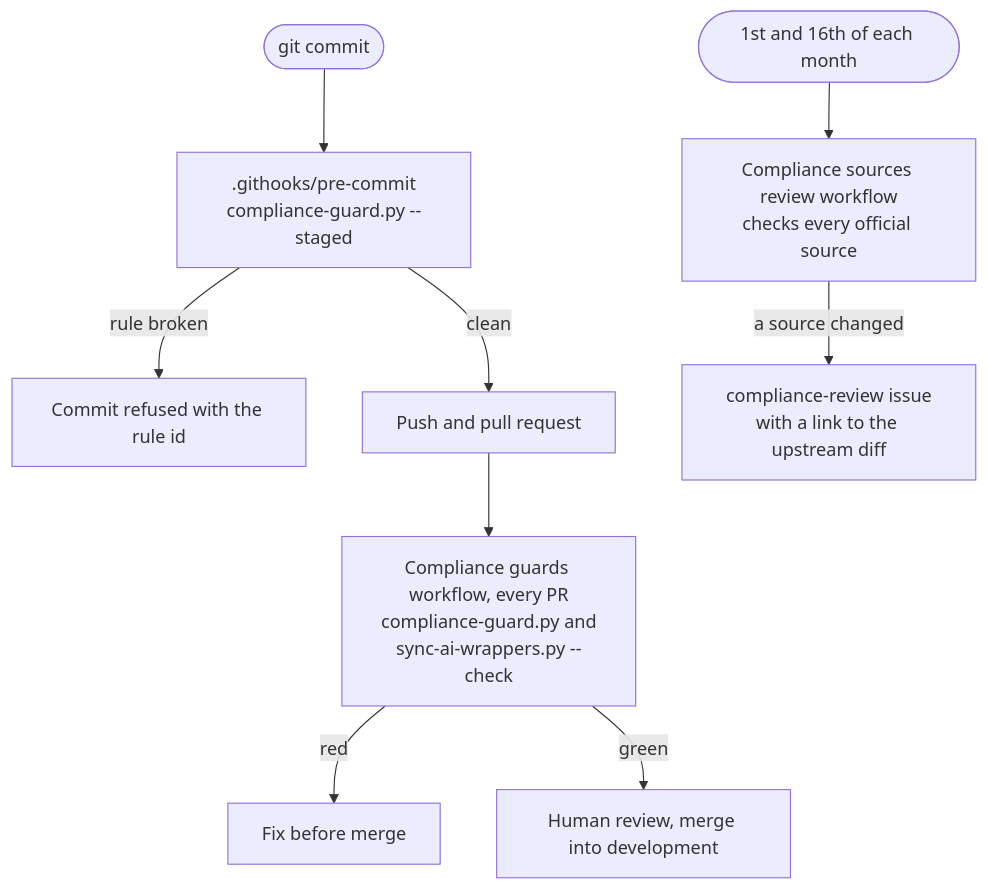
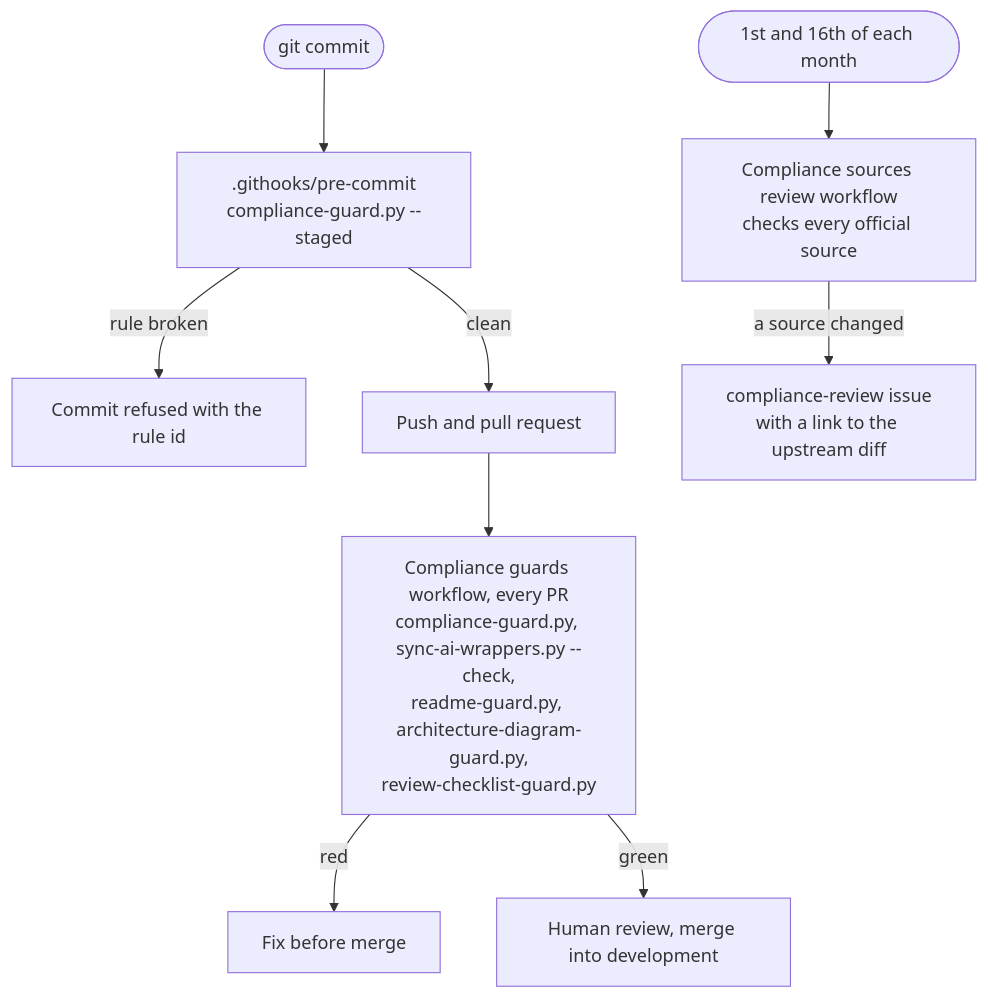
Diagram 19 of 20 in README.md (ahmedshahjr/Education-Portal), drawn with Mermaid before and after one commit. The commit also changed other lines of this file and 5 other files, not shown here.

First line of the commit message:
Document architecture flow and guard its diagrams

````diff
--- a/README.md
+++ b/README.md
@@ -686,11 +799,11 @@
 ```mermaid
 flowchart TB
     commit(["git commit"]) --> hook[".githooks/pre-commit<br/>compliance-guard.py --staged"]
     hook -->|"rule broken"| stop["Commit refused with the rule id"]
     hook -->|"clean"| pushed["Push and pull request"]
-    pushed --> ci["Compliance guards workflow, every PR<br/>compliance-guard.py and<br/>sync-ai-wrappers.py --check"]
+    pushed --> ci["Compliance guards workflow, every PR<br/>compliance-guard.py, sync-ai-wrappers.py --check,<br/>readme-guard.py, architecture-diagram-guard.py,<br/>review-checklist-guard.py"]
     ci -->|"red"| fix["Fix before merge"]
     ci -->|"green"| review["Human review, merge into development"]
     cron(["1st and 16th of each month"]) --> sources["Compliance sources review workflow<br/>checks every official source"]
     sources -->|"a source changed"| issue["compliance-review issue<br/>with a link to the upstream diff"]
 ```
````
